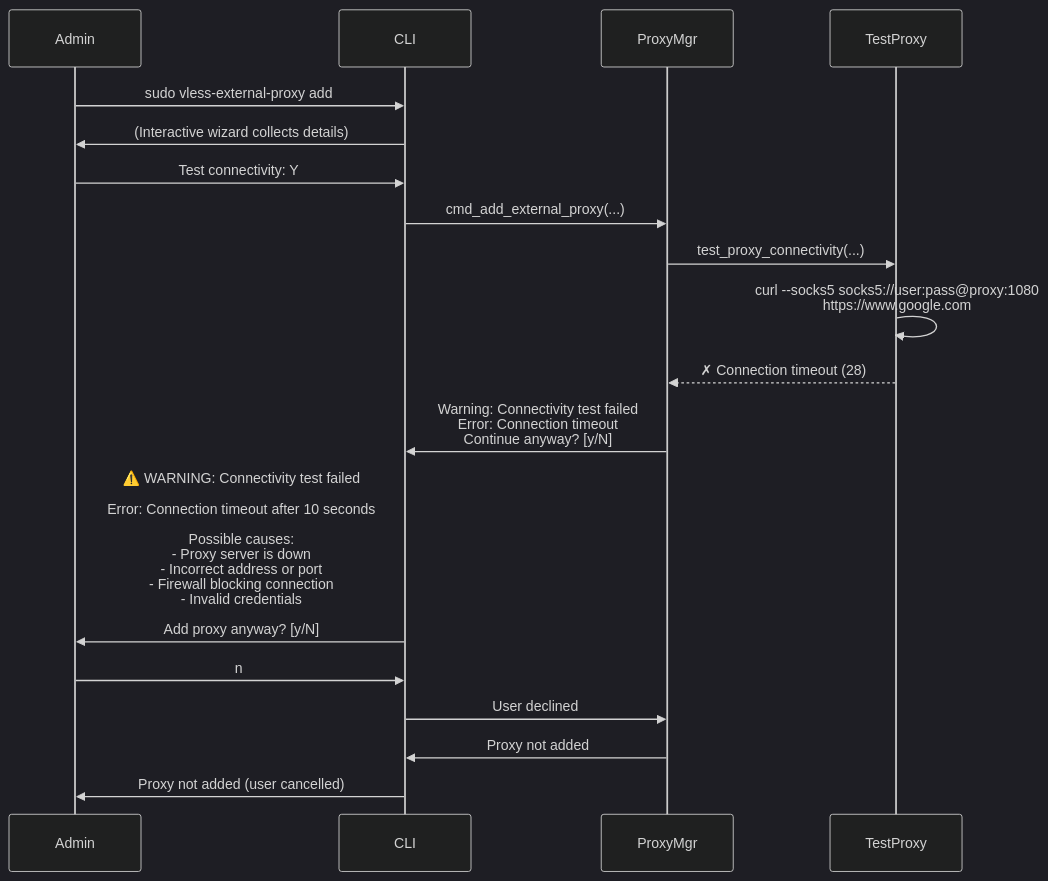
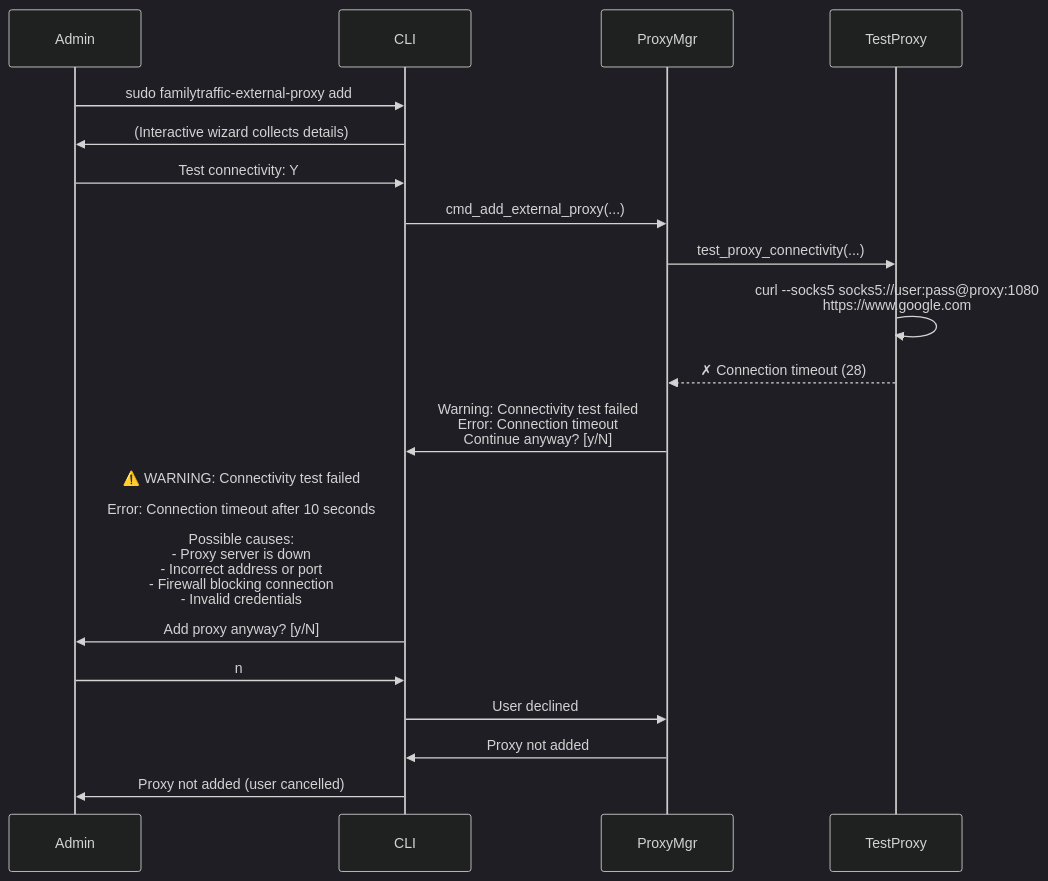
Before and after one commit to ikeniborn/vless: the eighth of 9 diagrams in docs/architecture/diagrams/sequences/proxy-assignment.md, drawn with Mermaid (dark theme). The commit also changed other lines of this file and 66 other files, not shown here.

First line of the commit message:
refactor(rename): replace old project name 'vless' with 'familytraffic'

````diff
--- a/docs/architecture/diagrams/sequences/proxy-assignment.md
+++ b/docs/architecture/diagrams/sequences/proxy-assignment.md
@@ -342,25 +342,25 @@
 ```mermaid
 sequenceDiagram
     participant Admin
     participant CLI
     participant ProxyMgr
     participant TestProxy
 
-    Admin->>CLI: sudo vless-external-proxy add
+    Admin->>CLI: sudo familytraffic-external-proxy add
     CLI->>Admin: (Interactive wizard collects details)
     Admin->>CLI: Test connectivity: Y
 
     CLI->>ProxyMgr: cmd_add_external_proxy(...)
     ProxyMgr->>TestProxy: test_proxy_connectivity(...)
 
     TestProxy->>TestProxy: curl --socks5 socks5://user:pass@proxy:1080<br/>https://www.google.com
 
     TestProxy-->>ProxyMgr: ✗ Connection timeout (28)
 
     ProxyMgr->>CLI: Warning: Connectivity test failed<br/>Error: Connection timeout<br/>Continue anyway? [y/N]
     CLI->>Admin: ⚠️ WARNING: Connectivity test failed<br/><br/>Error: Connection timeout after 10 seconds<br/><br/>Possible causes:<br/> - Proxy server is down<br/> - Incorrect address or port<br/> - Firewall blocking connection<br/> - Invalid credentials<br/><br/>Add proxy anyway? [y/N]
     Admin->>CLI: n
     CLI->>ProxyMgr: User declined
     ProxyMgr->>CLI: Proxy not added
     CLI->>Admin: Proxy not added (user cancelled)
 ```
````
